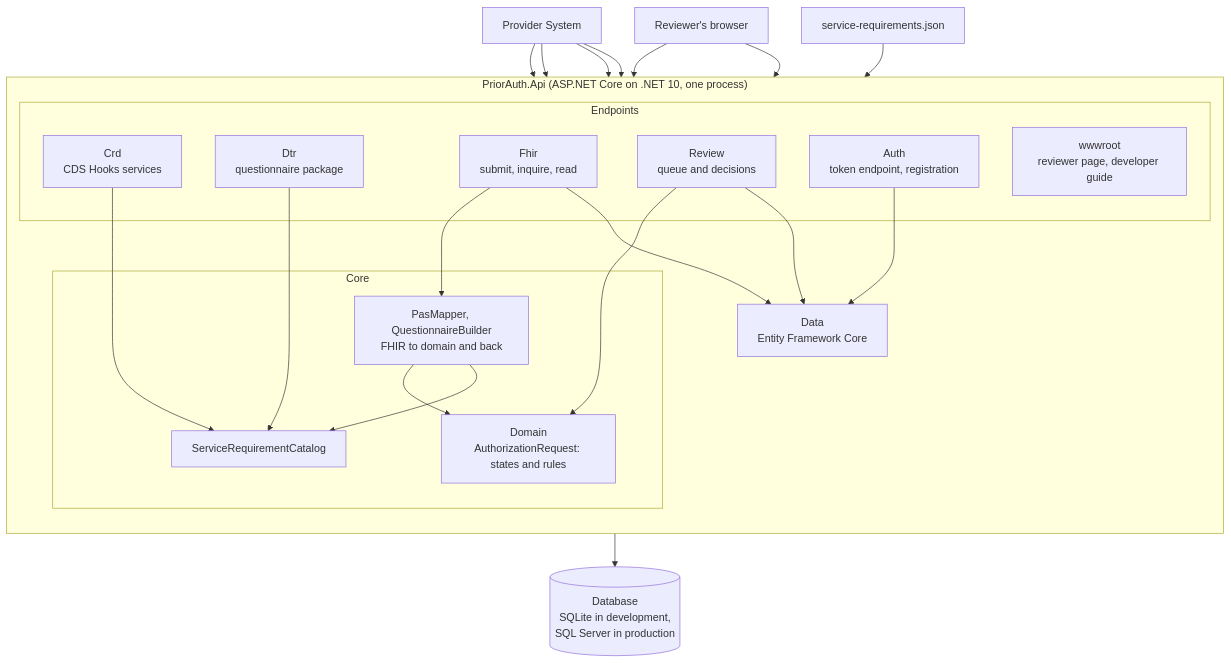
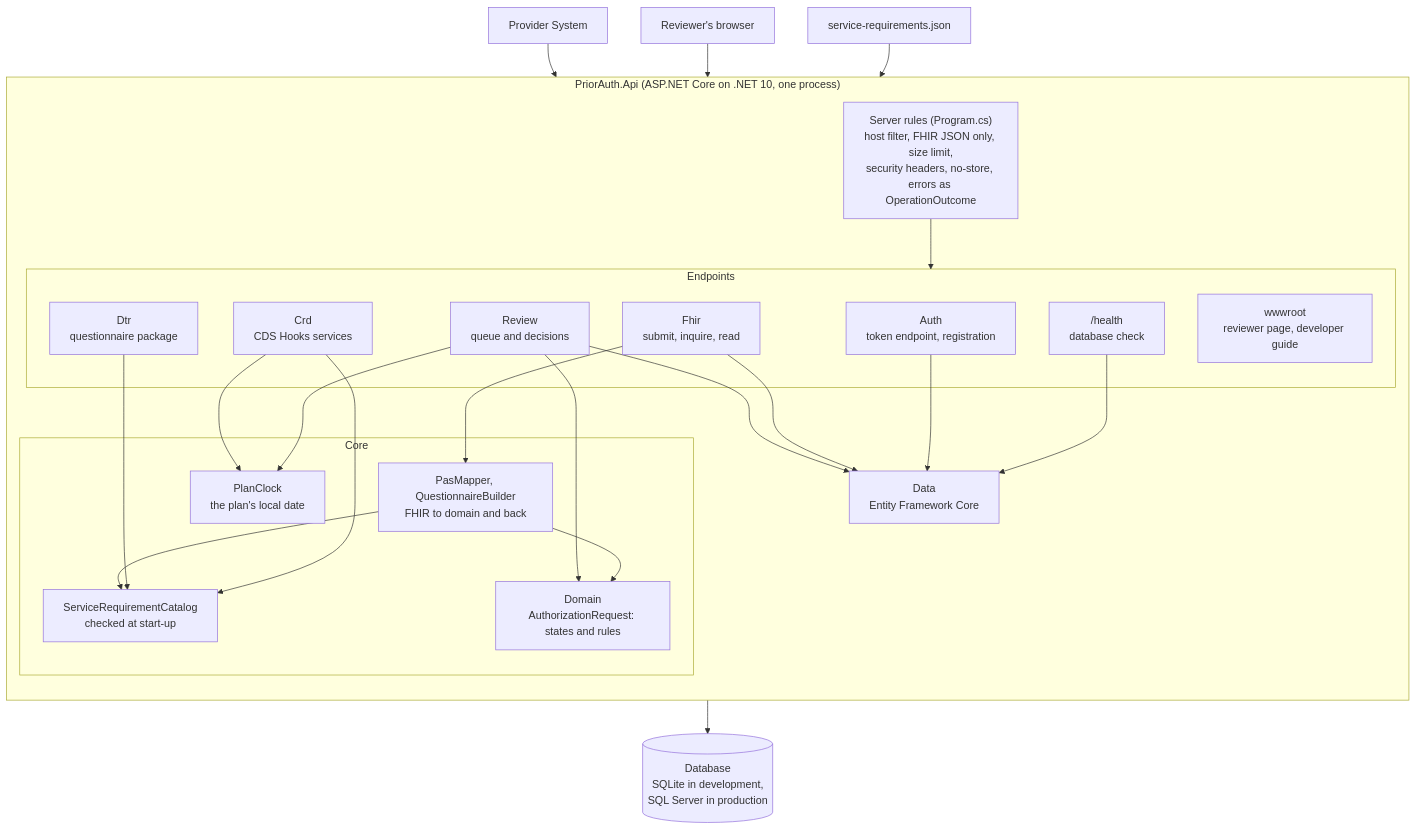
One commit to tngo0508/prior-auth-api changed the second of 8 diagrams in docs/architecture.md. Above: the diagram before and after it, drawn with Mermaid. The commit also changed other lines of this file and 13 other files, not shown here.

First line of the commit message:
Document the audit fixes, add the audit report, use the plan date on issue dates

````diff
--- a/docs/architecture.md
+++ b/docs/architecture.md
@@ -59,44 +59,47 @@
 ```mermaid
 flowchart TB
     EHR["Provider System"]
     BROWSER["Reviewer's browser"]
 
     subgraph APP["PriorAuth.Api  (ASP.NET Core on .NET 10, one process)"]
         direction TB
+        BOUNDARY["Server rules (Program.cs)<br/>host filter, FHIR JSON only, size limit,<br/>security headers, no-store, errors as OperationOutcome"]
         subgraph EDGE["Endpoints"]
             AUTHN["Auth<br/>token endpoint, registration"]
             CRD["Crd<br/>CDS Hooks services"]
             DTR["Dtr<br/>questionnaire package"]
             PAS["Fhir<br/>submit, inquire, read"]
             REVIEW["Review<br/>queue and decisions"]
             STATIC["wwwroot<br/>reviewer page, developer guide"]
+            HEALTH["/health<br/>database check"]
         end
         subgraph CORE["Core"]
             MAP["PasMapper, QuestionnaireBuilder<br/>FHIR to domain and back"]
             DOMAIN["Domain<br/>AuthorizationRequest: states and rules"]
-            CATALOG["ServiceRequirementCatalog"]
+            CATALOG["ServiceRequirementCatalog<br/>checked at start-up"]
+            CLOCK["PlanClock<br/>the plan's local date"]
         end
         DATA["Data<br/>Entity Framework Core"]
     end
 
     CFG["service-requirements.json"]
     DB[("Database<br/>SQLite in development,<br/>SQL Server in production")]
 
-    EHR --> AUTHN
-    EHR --> CRD
-    EHR --> DTR
-    EHR --> PAS
-    BROWSER --> STATIC
-    BROWSER --> REVIEW
+    EHR --> BOUNDARY
+    BROWSER --> BOUNDARY
+    BOUNDARY --> EDGE
+    REVIEW --> CLOCK
+    CRD --> CLOCK
+    HEALTH --> DATA
     CRD --> CATALOG
     DTR --> CATALOG
     PAS --> MAP
     MAP --> DOMAIN
     MAP --> CATALOG
     REVIEW --> DOMAIN
     AUTHN --> DATA
     PAS --> DATA
     REVIEW --> DATA
     CFG --> CATALOG
     DATA --> DB
 ```
````
